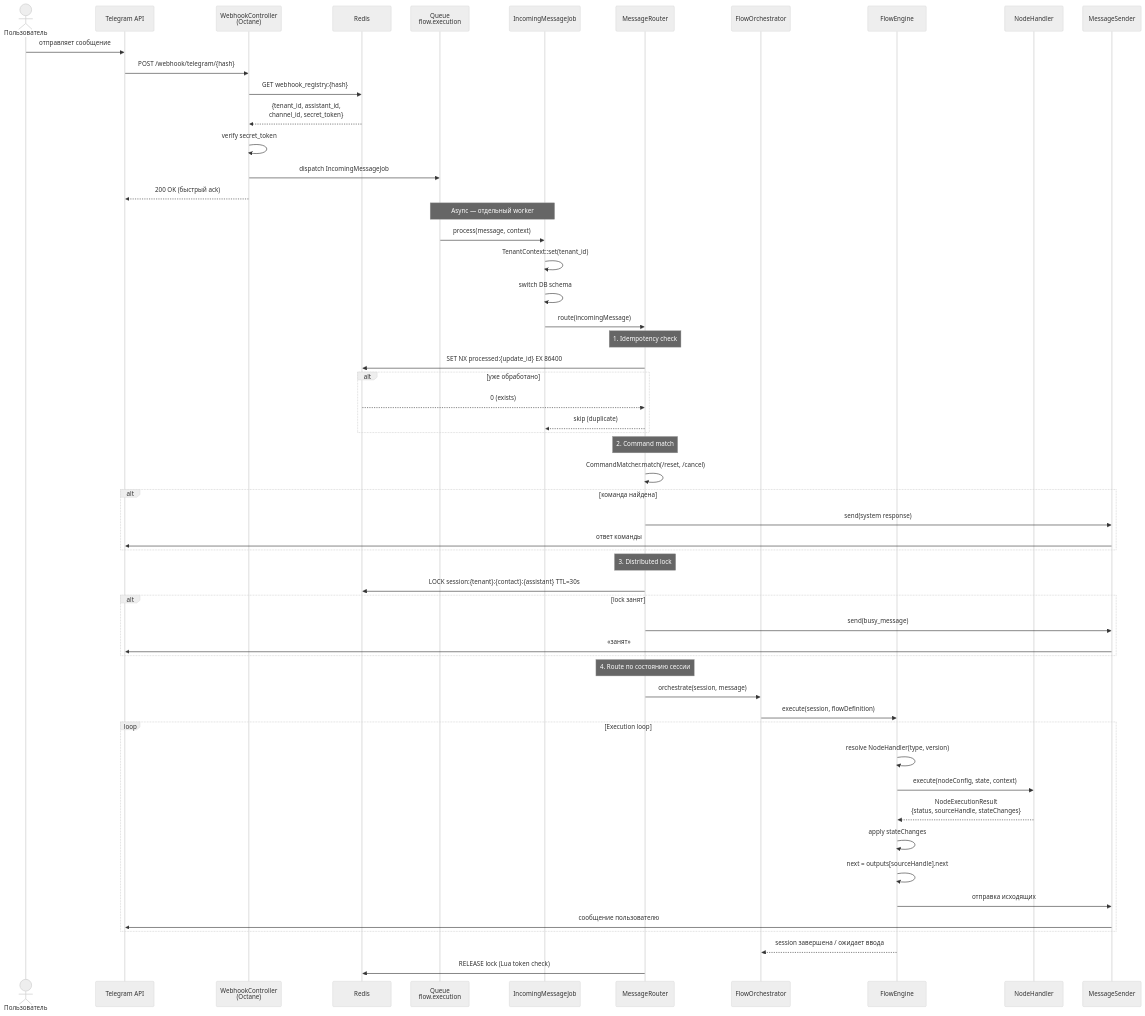
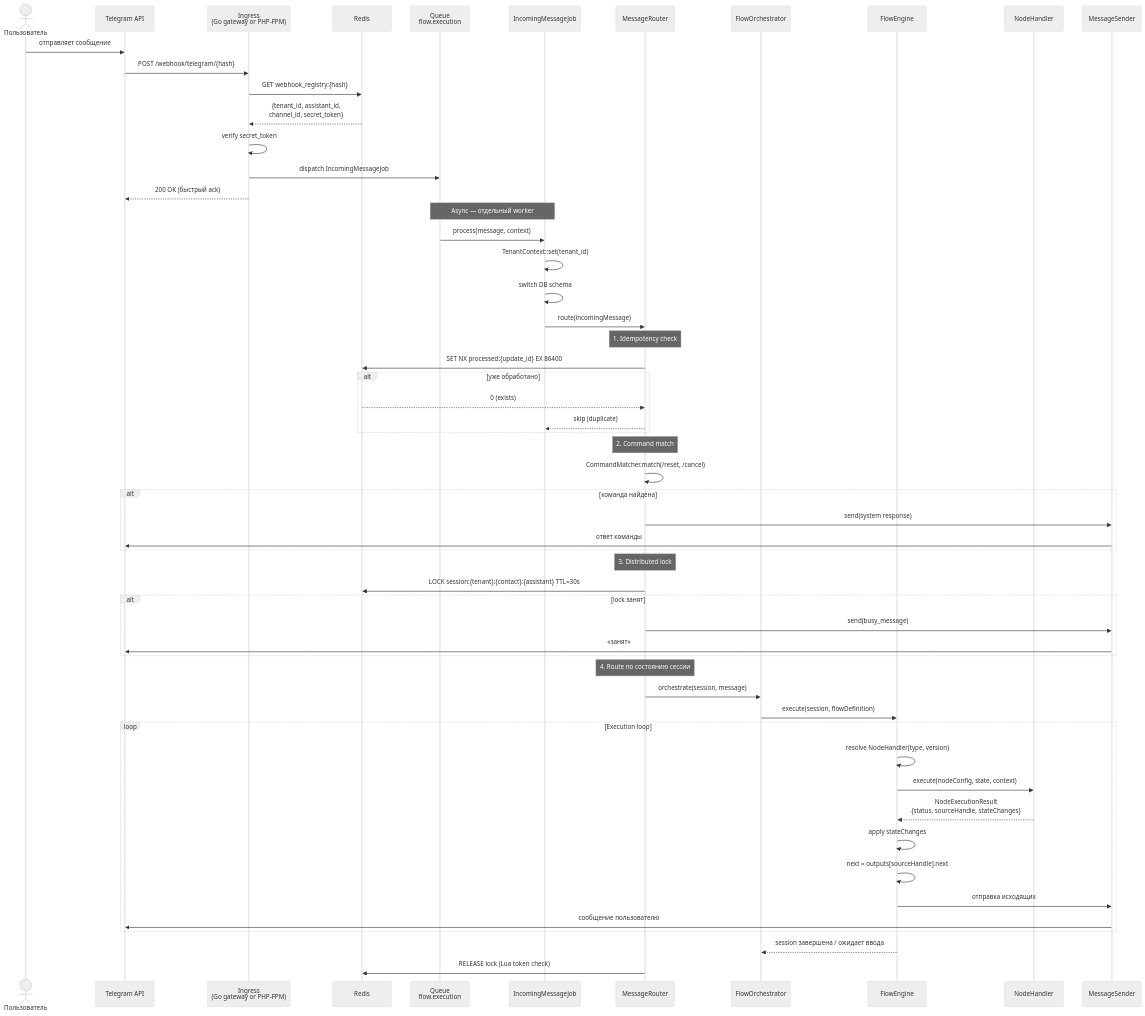
The diagram in docs/reference/diagrams/01-webhook-pipeline.md (fapost-lab/core), drawn with Mermaid (neutral theme) before and after one commit. The commit also changed other lines of this file and 89 other files, not shown here.

First line of the commit message:
feat(builder,conversation,contact): improve node actions, translations, and schema support

````diff
--- a/docs/reference/diagrams/01-webhook-pipeline.md
+++ b/docs/reference/diagrams/01-webhook-pipeline.md
@@ -5,72 +5,72 @@
 ```mermaid
 sequenceDiagram
     actor U as Пользователь
     participant TG as Telegram API
-    participant WC as WebhookController<br/>(Octane)
+    participant WC as Ingress<br/>(Go gateway or PHP-FPM)
     participant RD as Redis
     participant Q as Queue<br/>flow.execution
     participant J as IncomingMessageJob
     participant MR as MessageRouter
     participant FO as FlowOrchestrator
     participant FE as FlowEngine
     participant NH as NodeHandler
     participant MS as MessageSender
 
     U->>TG: отправляет сообщение
     TG->>WC: POST /webhook/telegram/{hash}
 
     WC->>RD: GET webhook_registry:{hash}
     RD-->>WC: {tenant_id, assistant_id,<br/>channel_id, secret_token}
 
     WC->>WC: verify secret_token
     WC->>Q: dispatch IncomingMessageJob
     WC-->>TG: 200 OK (быстрый ack)
 
     Note over Q,J: Async — отдельный worker
 
     Q->>J: process(message, context)
     J->>J: TenantContext::set(tenant_id)
     J->>J: switch DB schema
 
     J->>MR: route(incomingMessage)
 
     Note over MR: 1. Idempotency check
     MR->>RD: SET NX processed:{update_id} EX 86400
     alt уже обработано
         RD-->>MR: 0 (exists)
         MR-->>J: skip (duplicate)
     end
 
     Note over MR: 2. Command match
     MR->>MR: CommandMatcher.match(/reset, /cancel)
     alt команда найдена
         MR->>MS: send(system response)
         MS->>TG: ответ команды
     end
 
     Note over MR: 3. Distributed lock
     MR->>RD: LOCK session:{tenant}:{contact}:{assistant} TTL=30s
     alt lock занят
         MR->>MS: send(busy_message)
         MS->>TG: «занят»
     end
 
     Note over MR: 4. Route по состоянию сессии
     MR->>FO: orchestrate(session, message)
 
     FO->>FE: execute(session, flowDefinition)
 
     loop Execution loop
         FE->>FE: resolve NodeHandler(type, version)
         FE->>NH: execute(nodeConfig, state, context)
         NH-->>FE: NodeExecutionResult<br/>{status, sourceHandle, stateChanges}
         FE->>FE: apply stateChanges
         FE->>FE: next = outputs[sourceHandle].next
         FE->>MS: отправка исходящих
         MS->>TG: сообщение пользователю
     end
 
     FE-->>FO: session завершена / ожидает ввода
 
     MR->>RD: RELEASE lock (Lua token check)
 ```
````
